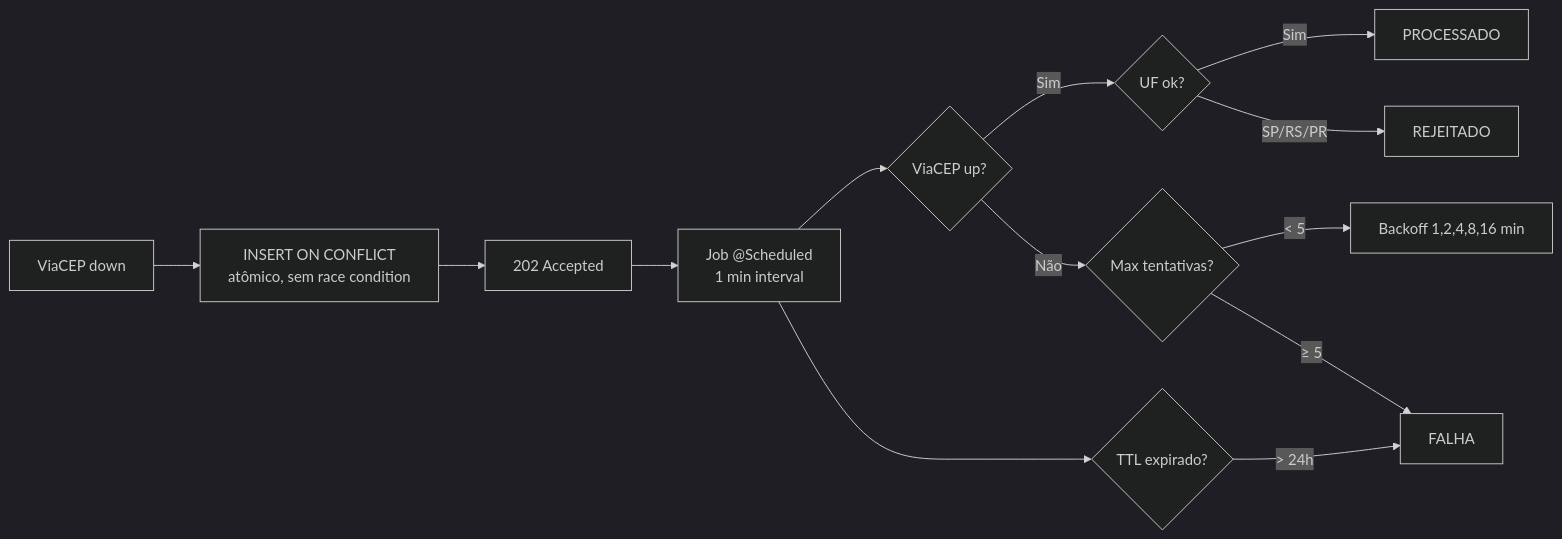
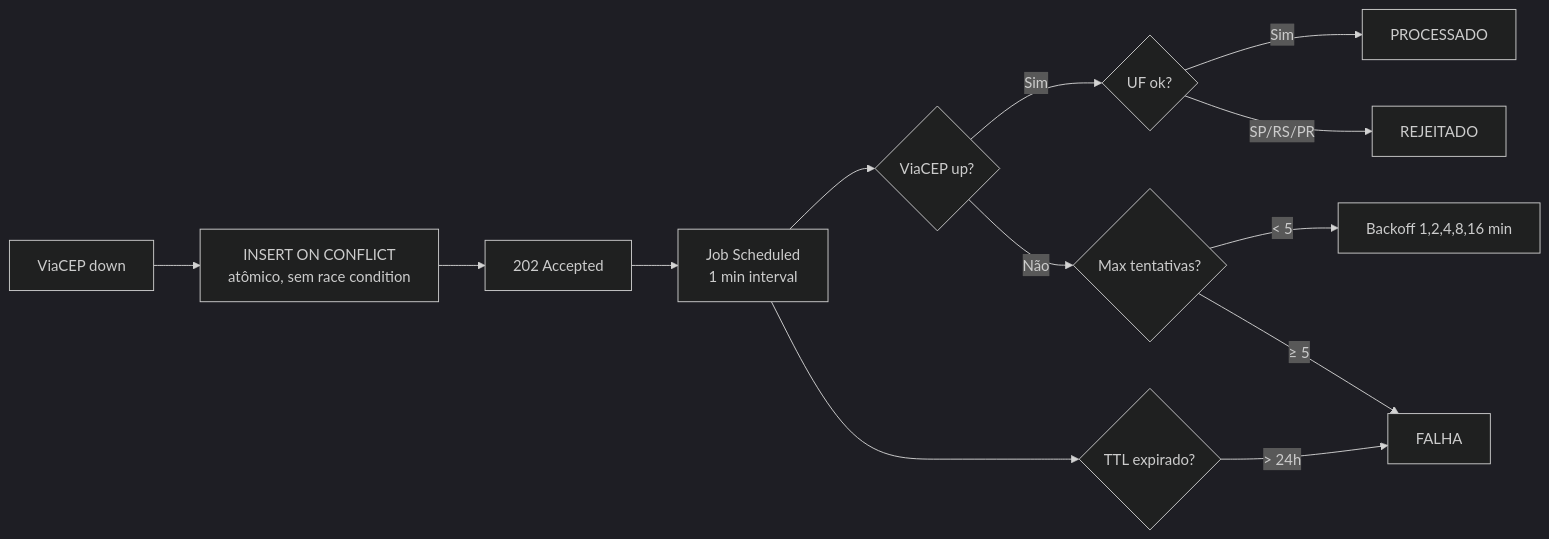
One commit to LuizGGoncalves/Voltz changed the fourth of 5 diagrams in TECHNICAL.md. Above: the diagram before and after it, drawn with Mermaid (dark theme). The commit also changed 1 other file, not shown here.

Commit message:
fix: escape @ in mermaid diagrams for GitHub rendering

````diff
--- a/TECHNICAL.md
+++ b/TECHNICAL.md
@@ -271,15 +271,15 @@
 ```mermaid
 flowchart LR
     A[ViaCEP down] --> B[INSERT ON CONFLICT<br/>atômico, sem race condition]
     B --> C[202 Accepted]
-    C --> D[Job @Scheduled<br/>1 min interval]
+    C --> D[Job Scheduled<br/>1 min interval]
     D --> E{ViaCEP up?}
     E -->|Sim| F{UF ok?}
     F -->|Sim| G[PROCESSADO]
     F -->|SP/RS/PR| H[REJEITADO]
     E -->|Não| I{Max tentativas?}
     I -->|< 5| J[Backoff 1,2,4,8,16 min]
     I -->|≥ 5| K[FALHA]
     D --> L{TTL expirado?}
     L -->|> 24h| K
 ```
````
